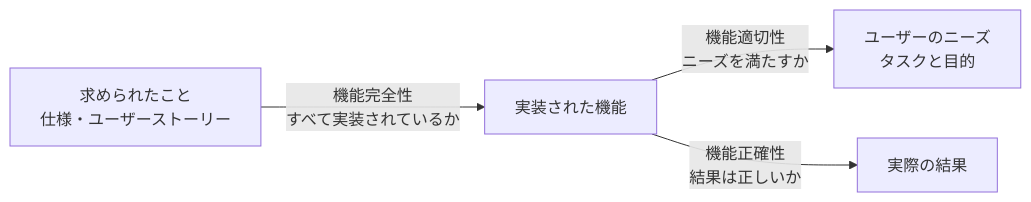
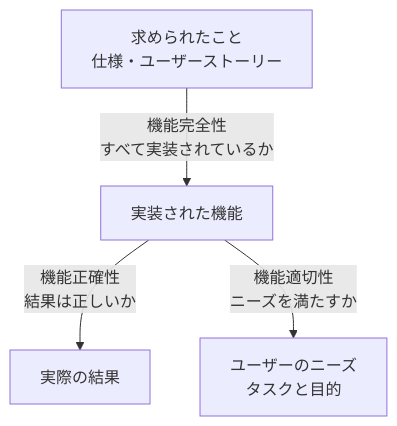
One commit to ozaki25/jstqb-foundation-training-ozaki25 changed the diagram in sites/al-ta/docs/lessons/lesson23/index.md. Above: the diagram before and after it, drawn with Mermaid. The commit also changed other lines of this file and 19 other files, not shown here.

````diff
--- a/sites/al-ta/docs/lessons/lesson23/index.md
+++ b/sites/al-ta/docs/lessons/lesson23/index.md
@@ -44,6 +44,6 @@
 ```mermaid
-flowchart LR
+flowchart TB
     R[求められたこと\n仕様・ユーザーストーリー] -- 機能完全性\nすべて実装されているか --> I[実装された機能]
+    I -- 機能正確性\n結果は正しいか --> O[実際の結果]
     I -- 機能適切性\nニーズを満たすか --> N[ユーザーのニーズ\nタスクと目的]
-    I -- 機能正確性\n結果は正しいか --> O[実際の結果]
 ```
````
